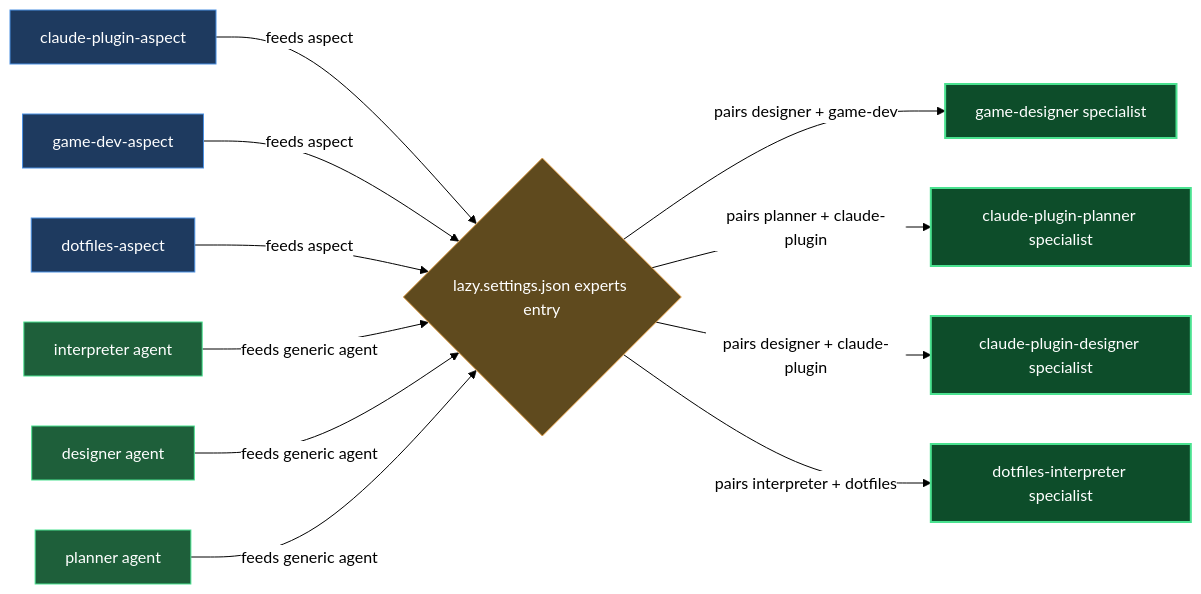
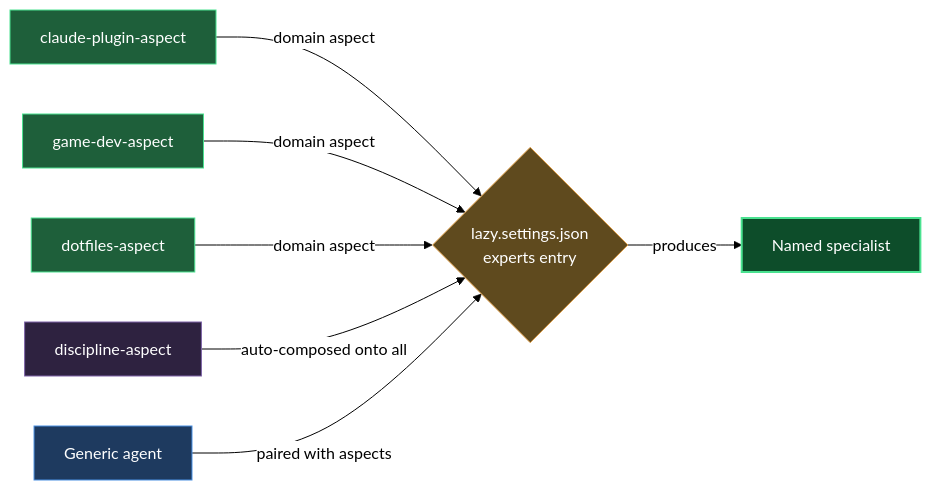
Before and after one commit to mebius-san/lazy-cortex: the diagram in claude/lazycortex-experts/help/aspects.md, drawn with Mermaid. The commit also changed other lines of this file and 19 other files, not shown here.

First line of the commit message:
[lazycortex-experts] release 0.4.0 — superpowers-derived discipline + execution experts

````diff
--- a/claude/lazycortex-experts/help/aspects.md
+++ b/claude/lazycortex-experts/help/aspects.md
@@ -61,43 +72,32 @@
 ```mermaid
 %%{init: {'themeVariables':{'background':'transparent','lineColor':'#000','textColor':'#000','edgeLabelBackground':'#fff'},'themeCSS':'.edgeLabel{background-color:transparent!important}.edgeLabel p{background-color:transparent!important}','flowchart':{'diagramPadding':5,'useMaxWidth':true}}}%%
 flowchart LR
   claudePluginAspect[claude-plugin-aspect]
   gameDevAspect[game-dev-aspect]
   dotfilesAspect[dotfiles-aspect]
-  interpreterAgent[interpreter agent]
-  designerAgent[designer agent]
-  plannerAgent[planner agent]
-  expertsComposition{lazy.settings.json experts entry}
-  gameDesigner[game-designer specialist]
-  claudePluginPlanner[claude-plugin-planner specialist]
-  claudePluginDesigner[claude-plugin-designer specialist]
-  dotfilesInterpreter[dotfiles-interpreter specialist]
+  disciplineAspect[discipline-aspect]
+  genericAgent[Generic agent]
+  expertsEntry{lazy.settings.json\nexperts entry}
+  namedSpecialist[Named specialist]
 
-  claudePluginAspect -->|feeds aspect| expertsComposition
-  gameDevAspect -->|feeds aspect| expertsComposition
-  dotfilesAspect -->|feeds aspect| expertsComposition
-  interpreterAgent -->|feeds generic agent| expertsComposition
-  designerAgent -->|feeds generic agent| expertsComposition
-  plannerAgent -->|feeds generic agent| expertsComposition
-  expertsComposition -->|pairs designer + game-dev| gameDesigner
-  expertsComposition -->|pairs planner + claude-plugin| claudePluginPlanner
-  expertsComposition -->|pairs designer + claude-plugin| claudePluginDesigner
-  expertsComposition -->|pairs interpreter + dotfiles| dotfilesInterpreter
+  claudePluginAspect -->|domain aspect| expertsEntry
+  gameDevAspect -->|domain aspect| expertsEntry
+  dotfilesAspect -->|domain aspect| expertsEntry
+  disciplineAspect -->|auto-composed onto all| expertsEntry
+  genericAgent -->|paired with aspects| expertsEntry
+  expertsEntry -->|produces| namedSpecialist
 
   classDef entry fill:#1e3a5f,stroke:#4a90e2,color:#fff
   classDef guard fill:#5f4a1e,stroke:#e2a14a,color:#fff
   classDef action fill:#1e5f3a,stroke:#4ae290,color:#fff
   classDef success fill:#0d4d2a,stroke:#4ae290,color:#fff,stroke-width:2px
+  classDef sub fill:#2e2240,stroke:#7e63a8,color:#fff
 
-  class claudePluginAspect entry
-  class gameDevAspect entry
-  class dotfilesAspect entry
-  class interpreterAgent action
-  class designerAgent action
-  class plannerAgent action
-  class expertsComposition guard
-  class gameDesigner success
-  class claudePluginPlanner success
-  class claudePluginDesigner success
-  class dotfilesInterpreter success
+  class claudePluginAspect action
+  class gameDevAspect action
+  class dotfilesAspect action
+  class disciplineAspect sub
+  class genericAgent entry
+  class expertsEntry guard
+  class namedSpecialist success
 ```
````
